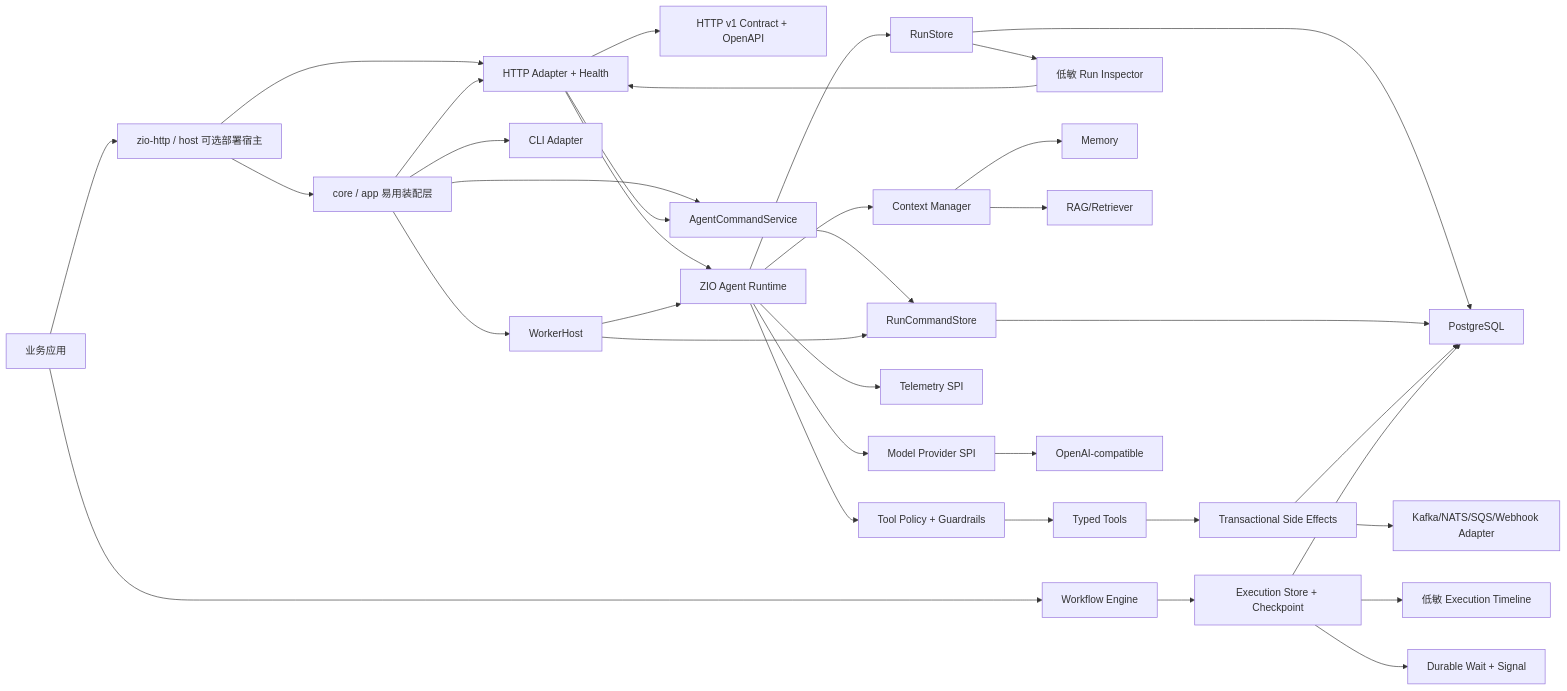
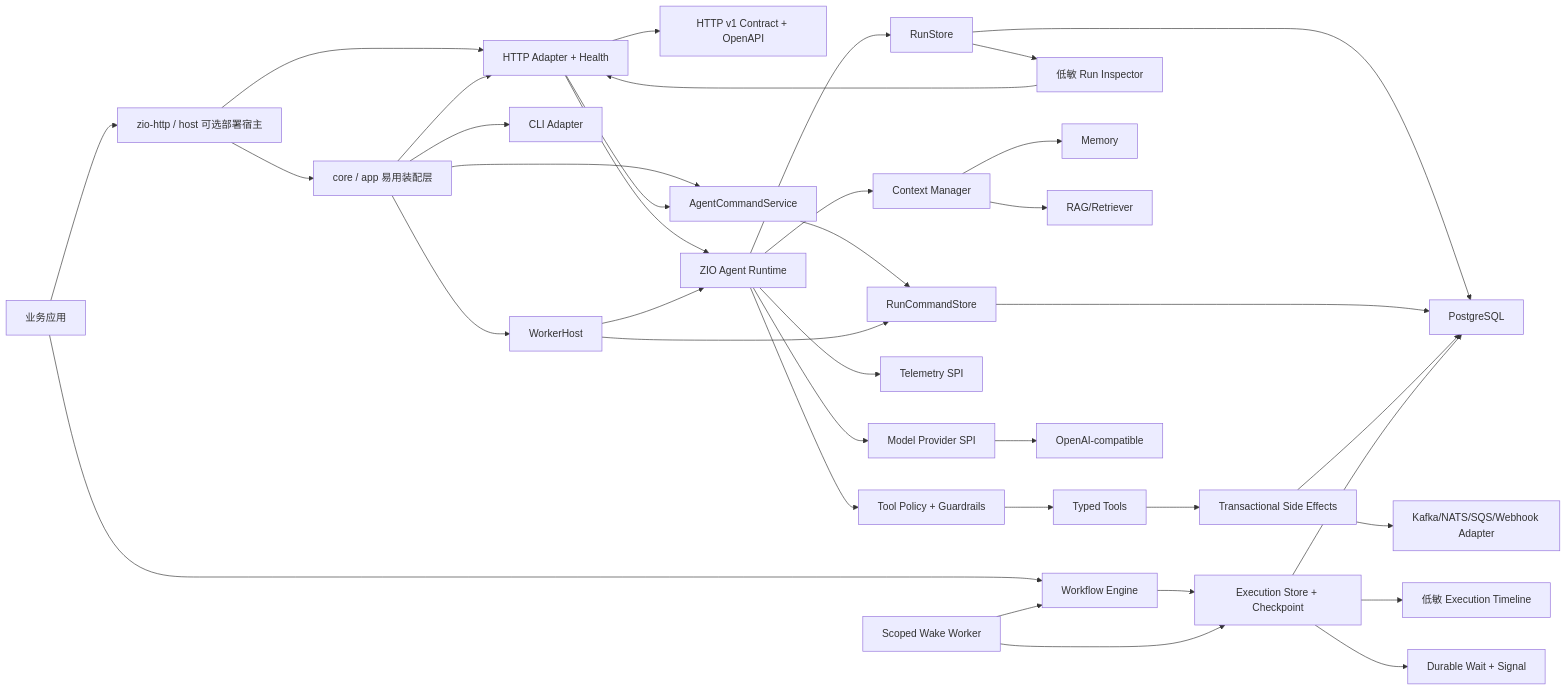
The first of 2 diagrams in docs/architecture.md (zyblw/zyblw-agent), drawn with Mermaid before and after one commit. The commit also changed other lines of this file and 22 other files, not shown here.

Commit message:
feat(workflow): add durable wake worker

````diff
--- a/docs/architecture.md
+++ b/docs/architecture.md
@@ -35,37 +35,39 @@
 ```mermaid
 flowchart LR
   Business[业务应用] --> Host[zio-http / host 可选部署宿主]
   Business --> Workflow[Workflow Engine]
   Host --> App[core / app 易用装配层]
   Host --> HTTP[HTTP Adapter + Health]
   HTTP --> Contract[HTTP v1 Contract + OpenAPI]
   App --> CLI[CLI Adapter]
   App --> HTTP
   App --> Control[AgentCommandService]
   App --> Scheduler[WorkerHost]
   HTTP --> Control
   HTTP --> Runtime[ZIO Agent Runtime]
   Runtime --> Context[Context Manager]
   Runtime --> Provider[Model Provider SPI]
   Runtime --> Policy[Tool Policy + Guardrails]
   Runtime --> Store[RunStore]
   Store --> Inspector[低敏 Run Inspector]
   Inspector --> HTTP
   Runtime --> Telemetry[Telemetry SPI]
   Context --> Memory[Memory]
   Context --> RAG[RAG/Retriever]
   Policy --> Tools[Typed Tools]
   Tools --> Effects[Transactional Side Effects]
   Provider --> OpenAI[OpenAI-compatible]
   Store --> PostgreSQL[PostgreSQL]
   Control --> Queue[RunCommandStore]
   Scheduler --> Runtime
   Scheduler --> Queue
   Queue --> PostgreSQL
   Effects --> PostgreSQL
   Effects --> Transport[Kafka/NATS/SQS/Webhook Adapter]
   Workflow --> WorkflowStore[Execution Store + Checkpoint]
   WorkflowStore --> PostgreSQL
   WorkflowStore --> WorkflowTimeline[低敏 Execution Timeline]
   WorkflowStore --> WorkflowWait[Durable Wait + Signal]
+  WorkflowWake[Scoped Wake Worker] --> WorkflowStore
+  WorkflowWake --> Workflow
 ```
````
